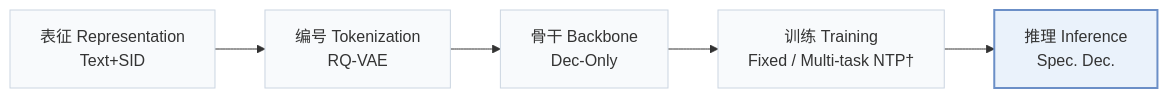
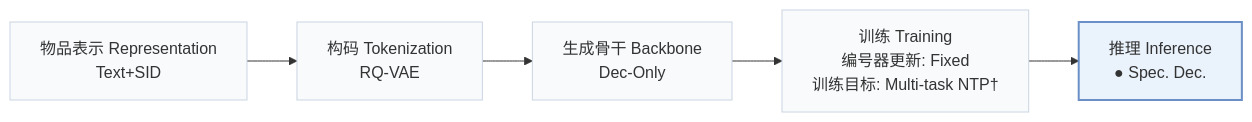
The first of 2 diagrams in pages/zh/papers/pad-rec.md (Galaxy-ghost/Awesome-SID-Generative-Rec), drawn with Mermaid before and after one commit. The commit also changed other lines of this file and 558 other files, not shown here.

````diff
--- a/pages/zh/papers/pad-rec.md
+++ b/pages/zh/papers/pad-rec.md
@@ -15,8 +18,8 @@
 ```mermaid
 flowchart LR
-    R["表征 Representation<br/>Text+SID"] --> T["编号 Tokenization<br/>RQ-VAE"] --> B["骨干 Backbone<br/>Dec-Only"] --> TR["训练 Training<br/>Fixed / Multi-task NTP†"] --> I["推理 Inference<br/>Spec. Dec."]
+    R["物品表示 Representation<br/>Text+SID"] --> T["构码 Tokenization<br/>RQ-VAE"] --> B["生成骨干 Backbone<br/>Dec-Only"] --> TR["训练 Training<br/>编号器更新: Fixed<br/>训练目标: Multi-task NTP†"] --> I["推理 Inference<br/>● Spec. Dec."]
     classDef base fill:#f8fafc,stroke:#cbd5e1
     class R,T,B,TR,I base
     classDef main fill:#eaf2fb,stroke:#6b8fc7,stroke-width:2px
     class I main
 ```
````
